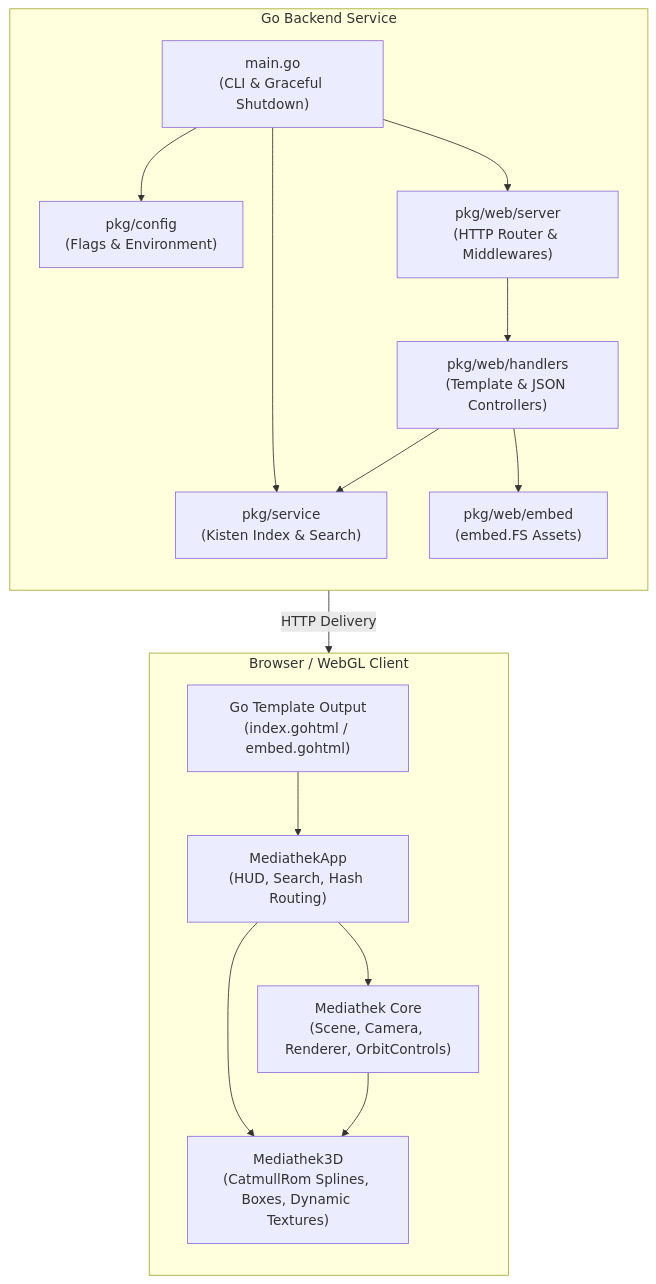
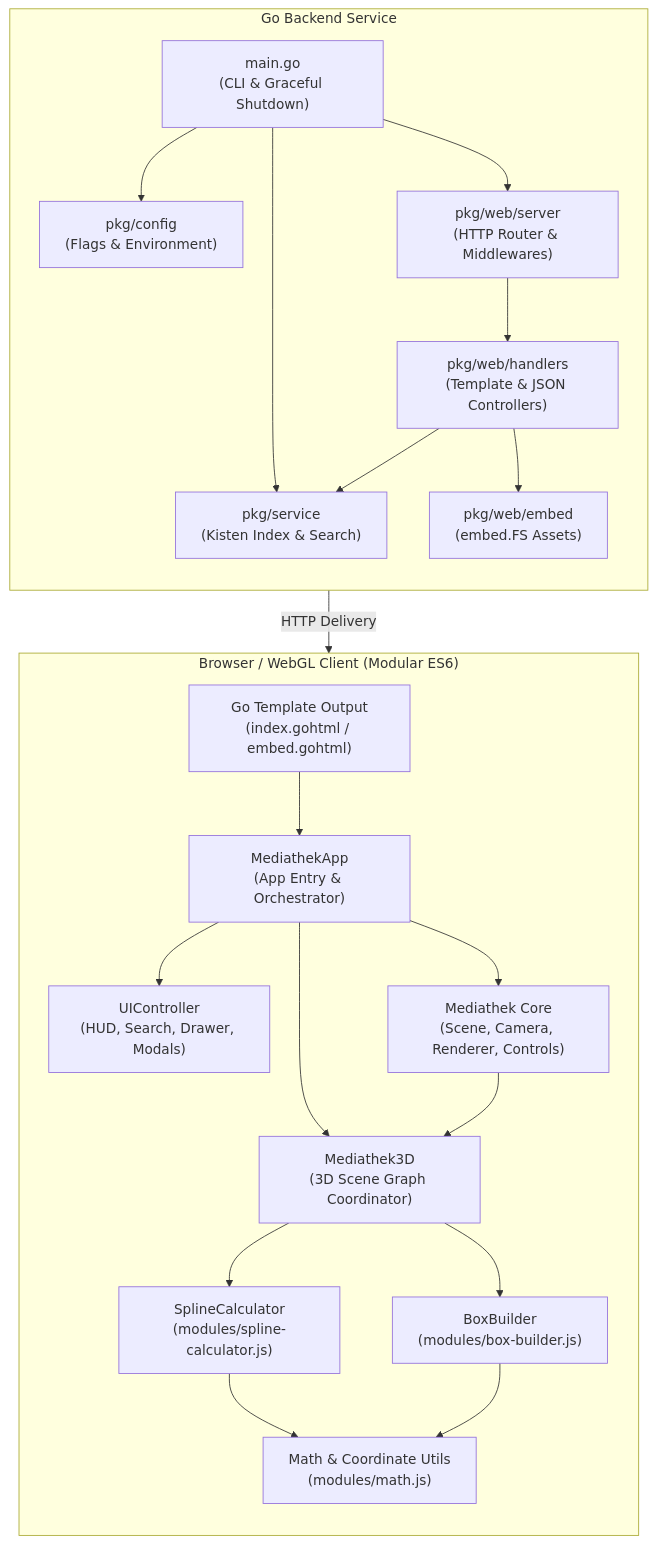
Before and after one commit to je4/mediathek3D: the first of 2 diagrams in docs/ARCHITECTURE.md, drawn with Mermaid. The commit also changed other lines of this file and 12 other files, not shown here.

````diff
--- a/docs/ARCHITECTURE.md
+++ b/docs/ARCHITECTURE.md
@@ -13,34 +13,43 @@
 ```mermaid
 flowchart TB
     subgraph GoServer["Go Backend Service"]
         direction TB
         Main["main.go<br/>(CLI & Graceful Shutdown)"]
         Config["pkg/config<br/>(Flags & Environment)"]
         Service["pkg/service<br/>(Kisten Index & Search)"]
         Handlers["pkg/web/handlers<br/>(Template & JSON Controllers)"]
         EmbedFS["pkg/web/embed<br/>(embed.FS Assets)"]
         Server["pkg/web/server<br/>(HTTP Router & Middlewares)"]
 
         Main --> Config
         Main --> Service
         Main --> Server
         Server --> Handlers
         Handlers --> Service
         Handlers --> EmbedFS
     end
 
-    subgraph ClientLayer["Browser / WebGL Client"]
+    subgraph ClientLayer["Browser / WebGL Client (Modular ES6)"]
         direction TB
         HTML["Go Template Output<br/>(index.gohtml / embed.gohtml)"]
-        AppController["MediathekApp<br/>(HUD, Search, Hash Routing)"]
-        CoreEngine["Mediathek Core<br/>(Scene, Camera, Renderer, OrbitControls)"]
-        MeshGraph["Mediathek3D<br/>(CatmullRom Splines, Boxes, Dynamic Textures)"]
+        AppOrchestrator["MediathekApp<br/>(App Entry & Orchestrator)"]
+        UIController["UIController<br/>(HUD, Search, Drawer, Modals)"]
+        CoreEngine["Mediathek Core<br/>(Scene, Camera, Renderer, Controls)"]
+        MeshGraph["Mediathek3D<br/>(3D Scene Graph Coordinator)"]
+        MathUtils["Math & Coordinate Utils<br/>(modules/math.js)"]
+        BoxBuilder["BoxBuilder<br/>(modules/box-builder.js)"]
+        SplineCalc["SplineCalculator<br/>(modules/spline-calculator.js)"]
 
-        HTML --> AppController
-        AppController --> CoreEngine
-        AppController --> MeshGraph
+        HTML --> AppOrchestrator
+        AppOrchestrator --> UIController
+        AppOrchestrator --> CoreEngine
+        AppOrchestrator --> MeshGraph
+        MeshGraph --> SplineCalc
+        MeshGraph --> BoxBuilder
+        SplineCalc --> MathUtils
+        BoxBuilder --> MathUtils
         CoreEngine --> MeshGraph
     end
 
     Server -->|HTTP Delivery| HTML
 ```
````
